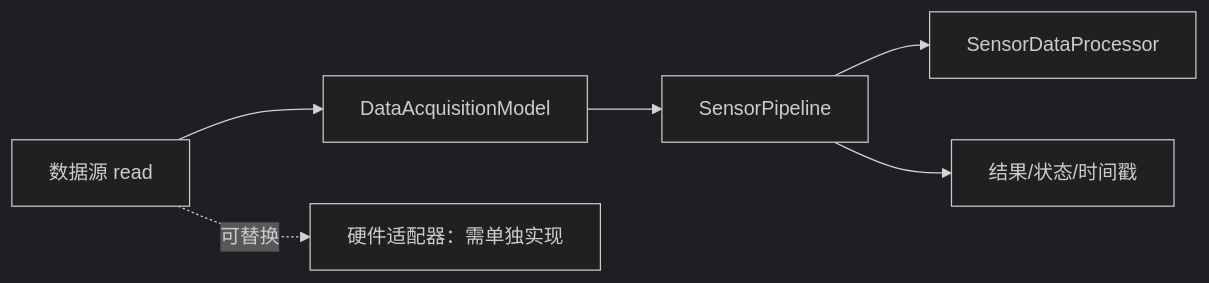
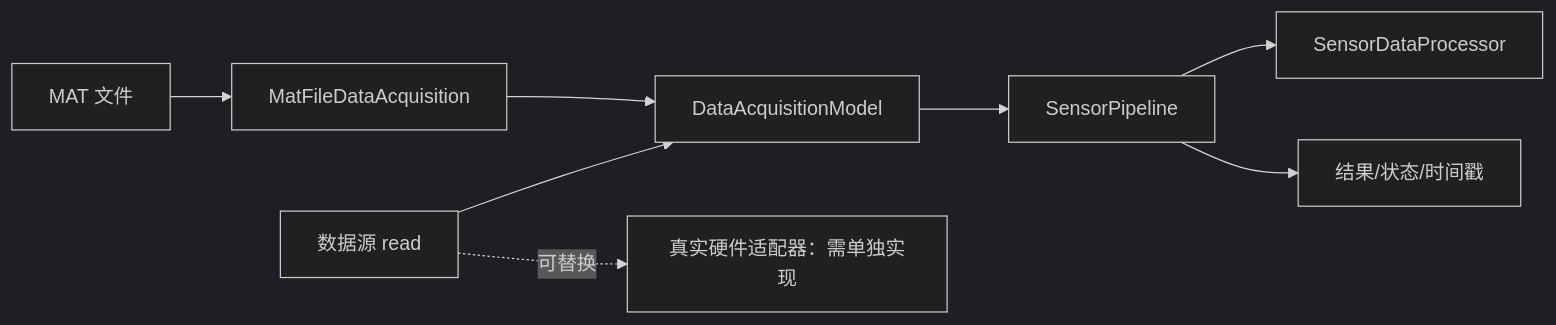
Before and after one commit to ilikui/MatlabOOP: the diagram in CH002/CH00206/README.md, drawn with Mermaid (dark theme). The commit also changed other lines of this file, not shown here.

Commit message:
Document MAT-file source and integration checks

````diff
--- a/CH002/CH00206/README.md
+++ b/CH002/CH00206/README.md
@@ -7,8 +7,10 @@
 ```mermaid
 flowchart LR
     S[数据源 read] --> M[DataAcquisitionModel]
     M --> P[SensorPipeline]
     P --> C[SensorDataProcessor]
     P --> R[结果/状态/时间戳]
-    S -. 可替换 .-> H[硬件适配器：需单独实现]
+    S -. 可替换 .-> H[真实硬件适配器：需单独实现]
+    F[MAT 文件] --> A[MatFileDataAcquisition]
+    A --> M
 ```
````
